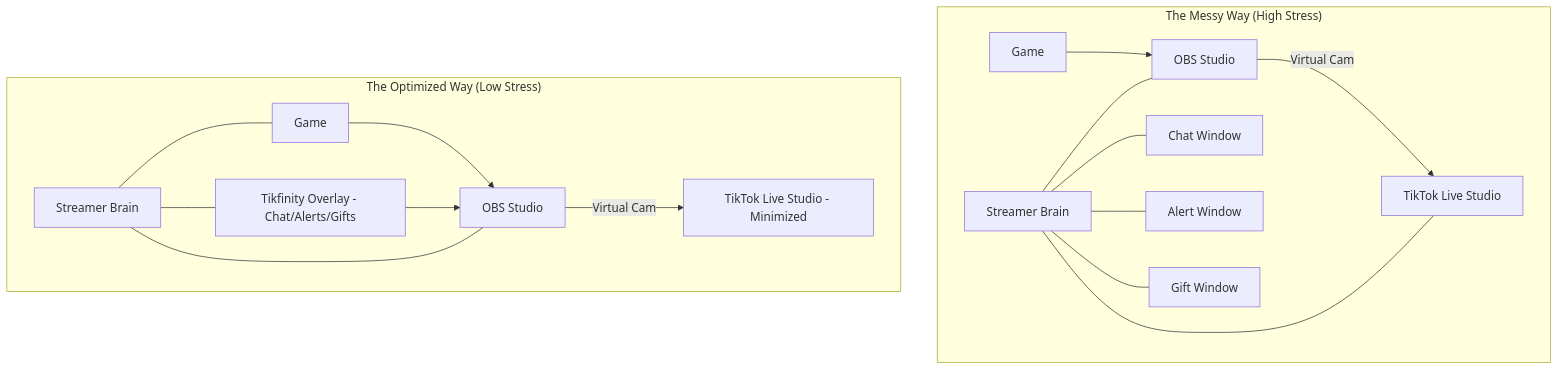
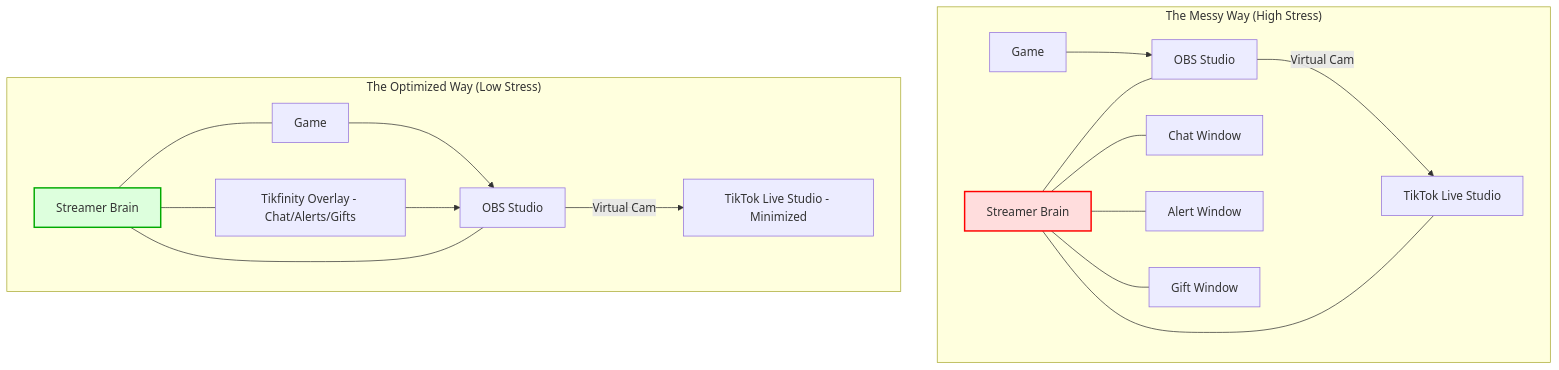
Before and after one commit to littl3-boat/ttwise: the diagram in data/blog/managing-tiktok-live-gaming-stress-fix-2025.mdx, drawn with Mermaid. The commit also changed 68 other files, not shown here.

Commit message:
feat: fix Mermaid syntax across blogs and add new posts for quality penalty and empty view trap

````diff
--- a/data/blog/managing-tiktok-live-gaming-stress-fix-2025.mdx
+++ b/data/blog/managing-tiktok-live-gaming-stress-fix-2025.mdx
@@ -67,24 +67,27 @@
 ```mermaid
 graph TD
     subgraph "The Messy Way (High Stress)"
-    A[Game] --> B[OBS Studio]
-    B -->|Virtual Cam| C[TikTok Live Studio]
-    D[Chat Window]
-    E[Alert Window]
-    F[Gift Window]
-    G[Streamer Brain] --- B
+    A["Game"] --> B["OBS Studio"]
+    B -->|"Virtual Cam"| C["TikTok Live Studio"]
+    D["Chat Window"]
+    E["Alert Window"]
+    F["Gift Window"]
+    G["Streamer Brain"] --- B
     G --- C
     G --- D
     G --- E
     G --- F
     end
 
     subgraph "The Optimized Way (Low Stress)"
-    H[Game] --> I[OBS Studio]
-    I -->|Virtual Cam| J[TikTok Live Studio - Minimized]
-    K[Tikfinity Overlay - Chat/Alerts/Gifts] --> I
-    L[Streamer Brain] --- H
+    H["Game"] --> I["OBS Studio"]
+    I -->|"Virtual Cam"| J["TikTok Live Studio - Minimized"]
+    K["Tikfinity Overlay - Chat/Alerts/Gifts"] --> I
+    L["Streamer Brain"] --- H
     L --- I
     L --- K
     end
+
+    style G fill:#fdd,stroke:#f00,stroke-width:2px
+    style L fill:#dfd,stroke:#0a0,stroke-width:2px
 ```
````
